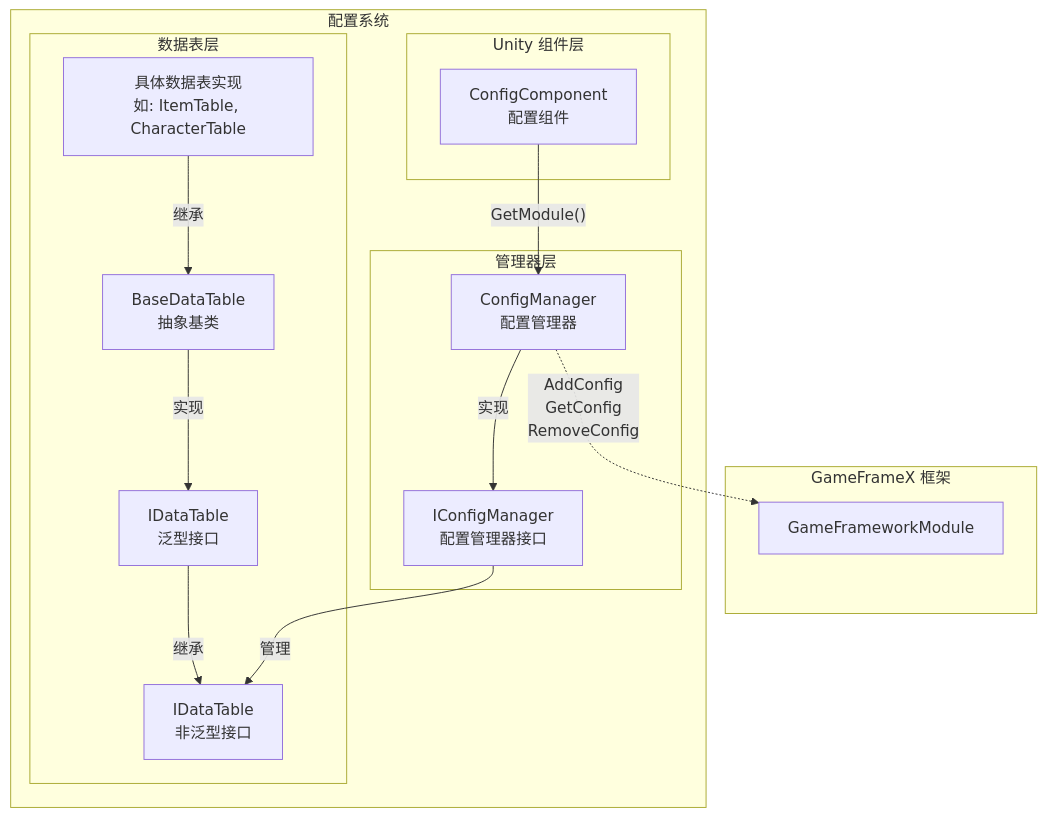
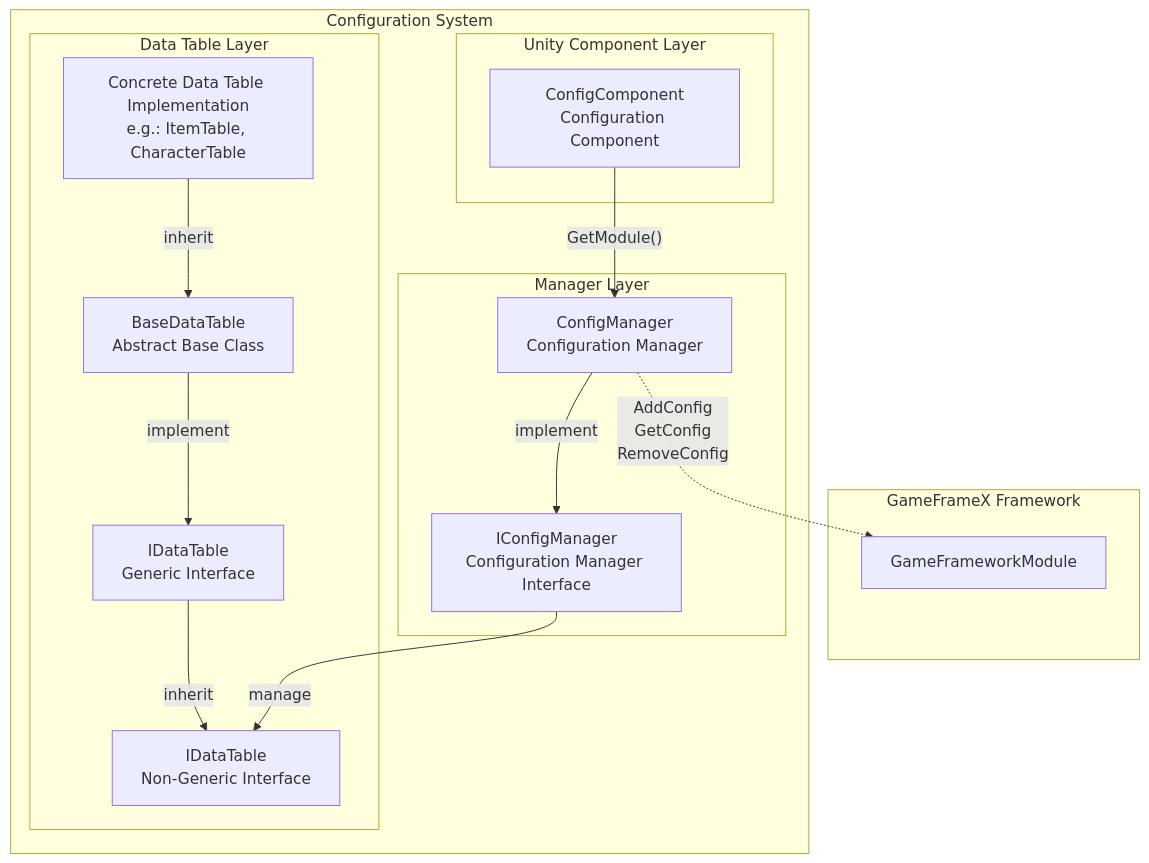
One commit to AlianBlank/GameFrameX.Docs changed the first of 2 diagrams in docs/en/client/unity/component/config/09.config-manager.md. Above: the diagram before and after it, drawn with Mermaid. The commit also changed other lines of this file and 242 other files, not shown here.

First line of the commit message:
docs(en/unity/component): 补全组件目录文档

````diff
--- a/docs/en/client/unity/component/config/09.config-manager.md
+++ b/docs/en/client/unity/component/config/09.config-manager.md
@@ -20,33 +20,33 @@
 ```mermaid
 flowchart TD
-    subgraph GameFramework["GameFrameX 框架"]
+    subgraph GameFramework["GameFrameX Framework"]
         GF_Module["GameFrameworkModule"]
     end
 
-    subgraph ConfigSystem["配置系统"]
-        subgraph UnityComponent["Unity 组件层"]
-            ConfigComp["ConfigComponent<br/>配置组件"]
+    subgraph ConfigSystem["Configuration System"]
+        subgraph UnityComponent["Unity Component Layer"]
+            ConfigComp["ConfigComponent<br/>Configuration Component"]
         end
 
-        subgraph ManagerLayer["管理器层"]
-            ConfigMgr["ConfigManager<br/>配置管理器"]
-            IConfigMgr["IConfigManager<br/>配置管理器接口"]
+        subgraph ManagerLayer["Manager Layer"]
+            ConfigMgr["ConfigManager<br/>Configuration Manager"]
+            IConfigMgr["IConfigManager<br/>Configuration Manager Interface"]
         end
 
-        subgraph DataTableLayer["数据表层"]
-            IDataTable_NonGen["IDataTable<br/>非泛型接口"]
-            IDataTable_Gen["IDataTable<T><br/>泛型接口"]
-            BaseDataTable["BaseDataTable<T><br/>抽象基类"]
-            ConcreteTable["具体数据表实现<br/>如: ItemTable, CharacterTable"]
+        subgraph DataTableLayer["Data Table Layer"]
+            IDataTable_NonGen["IDataTable<br/>Non-Generic Interface"]
+            IDataTable_Gen["IDataTable<T><br/>Generic Interface"]
+            BaseDataTable["BaseDataTable<T><br/>Abstract Base Class"]
+            ConcreteTable["Concrete Data Table Implementation<br/>e.g.: ItemTable, CharacterTable"]
         end
     end
 
     ConfigComp -->|"GetModule<IConfigManager>()"| ConfigMgr
-    ConfigMgr -->|"实现"| IConfigMgr
-    IConfigMgr -->|"管理"| IDataTable_NonGen
-    IDataTable_Gen -->|"继承"| IDataTable_NonGen
-    BaseDataTable -->|"实现"| IDataTable_Gen
-    ConcreteTable -->|"继承"| BaseDataTable
-    
+    ConfigMgr -->|"implement"| IConfigMgr
+    IConfigMgr -->|"manage"| IDataTable_NonGen
+    IDataTable_Gen -->|"inherit"| IDataTable_NonGen
+    BaseDataTable -->|"implement"| IDataTable_Gen
+    ConcreteTable -->|"inherit"| BaseDataTable
+
     ConfigMgr -.->|"AddConfig<br/>GetConfig<br/>RemoveConfig"| GF_Module
 ```
````
